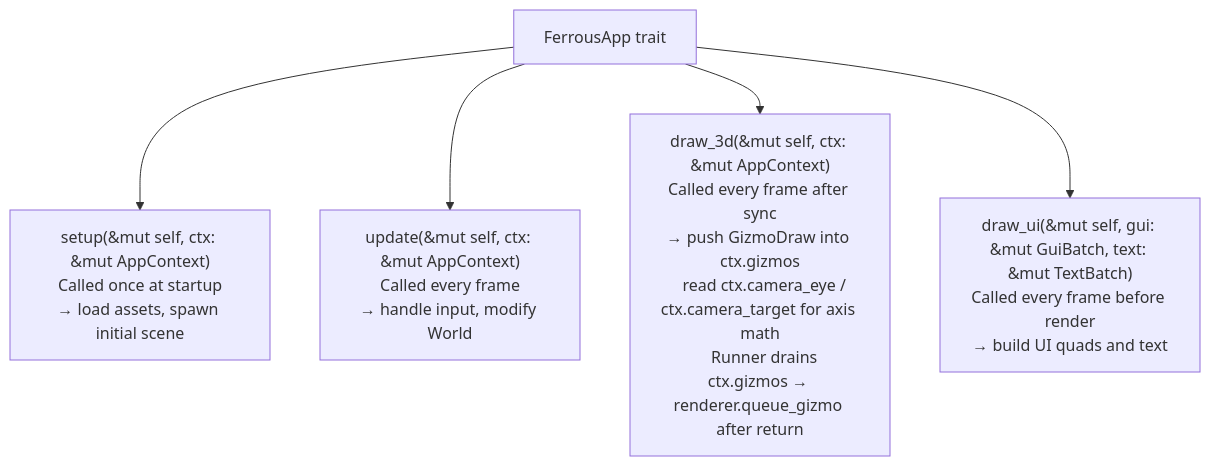
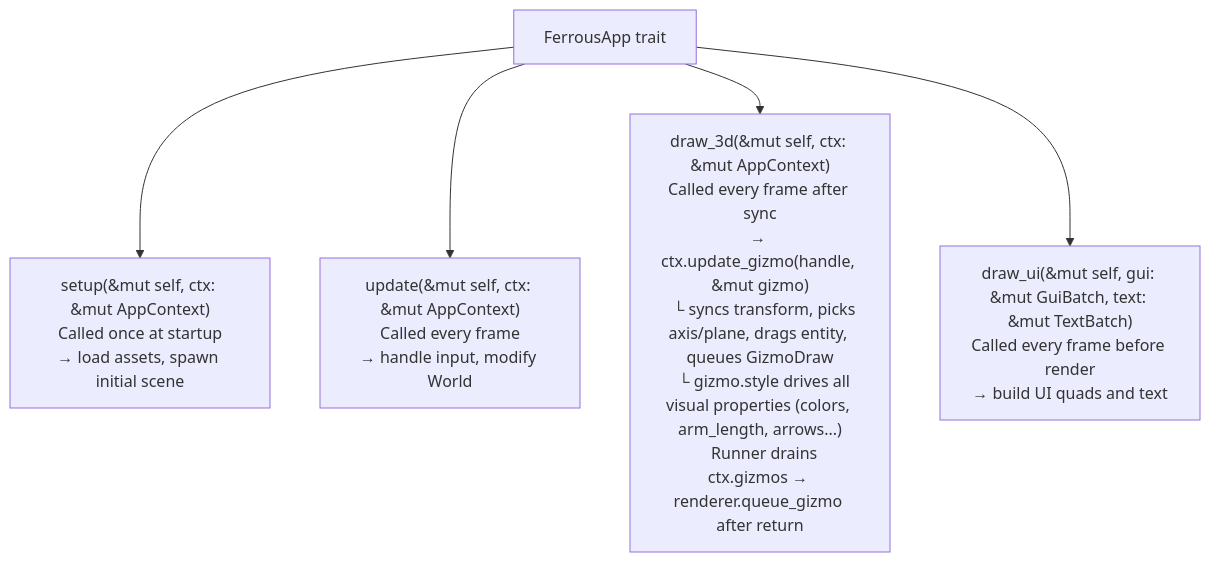
One commit to jvchiappini/FerrousEngine changed the fifth of 5 diagrams in flowmaps/frame-loop.md. Above: the diagram before and after it, drawn with Mermaid. The commit also changed other lines of this file and 11 other files, not shown here.

````diff
--- a/flowmaps/frame-loop.md
+++ b/flowmaps/frame-loop.md
@@ -172,13 +176,13 @@
 ```mermaid
 graph TD
     TR["FerrousApp trait"]
     S["setup(&mut self, ctx: &mut AppContext)\nCalled once at startup\n→ load assets, spawn initial scene"]
     U["update(&mut self, ctx: &mut AppContext)\nCalled every frame\n→ handle input, modify World"]
-    D3["draw_3d(&mut self, ctx: &mut AppContext)\nCalled every frame after sync\n→ push GizmoDraw into ctx.gizmos\n   read ctx.camera_eye / ctx.camera_target for axis math\n   Runner drains ctx.gizmos → renderer.queue_gizmo after return"]
+    D3["draw_3d(&mut self, ctx: &mut AppContext)\nCalled every frame after sync\n→ ctx.update_gizmo(handle, &mut gizmo)\n   └ syncs transform, picks axis/plane, drags entity, queues GizmoDraw\n   └ gizmo.style drives all visual properties (colors, arm_length, arrows...)\n   Runner drains ctx.gizmos → renderer.queue_gizmo after return"]
     DU["draw_ui(&mut self, gui: &mut GuiBatch, text: &mut TextBatch)\nCalled every frame before render\n→ build UI quads and text"]
 
     TR --> S
     TR --> U
     TR --> D3
     TR --> DU
 ```
````
